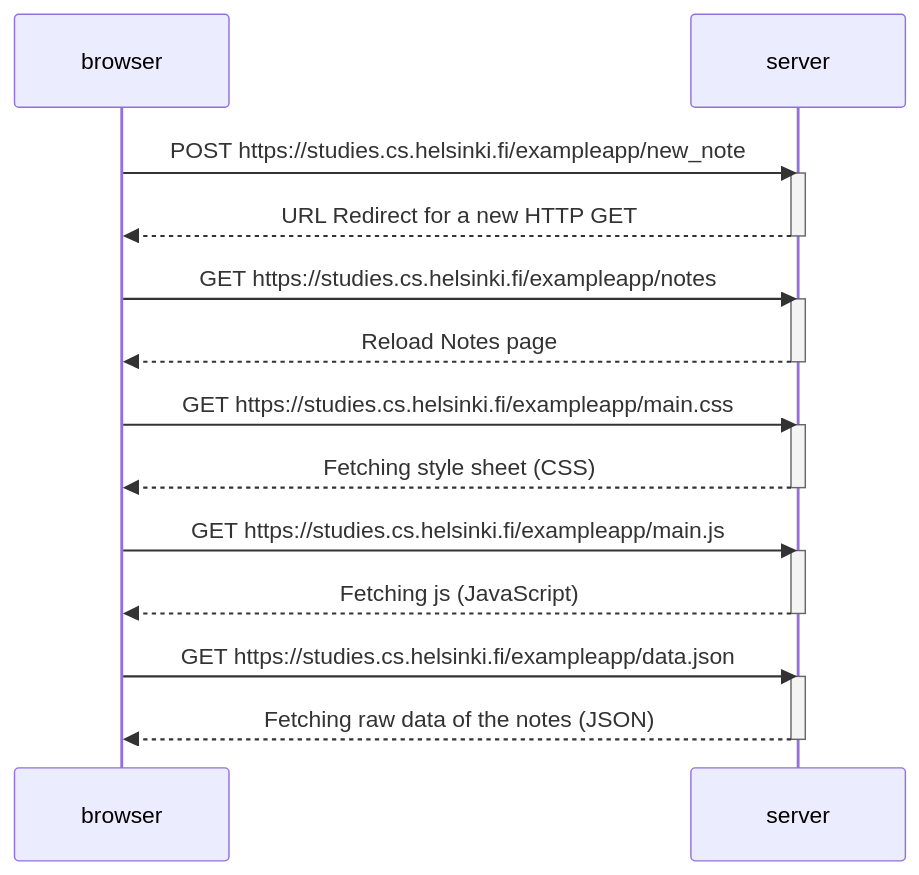
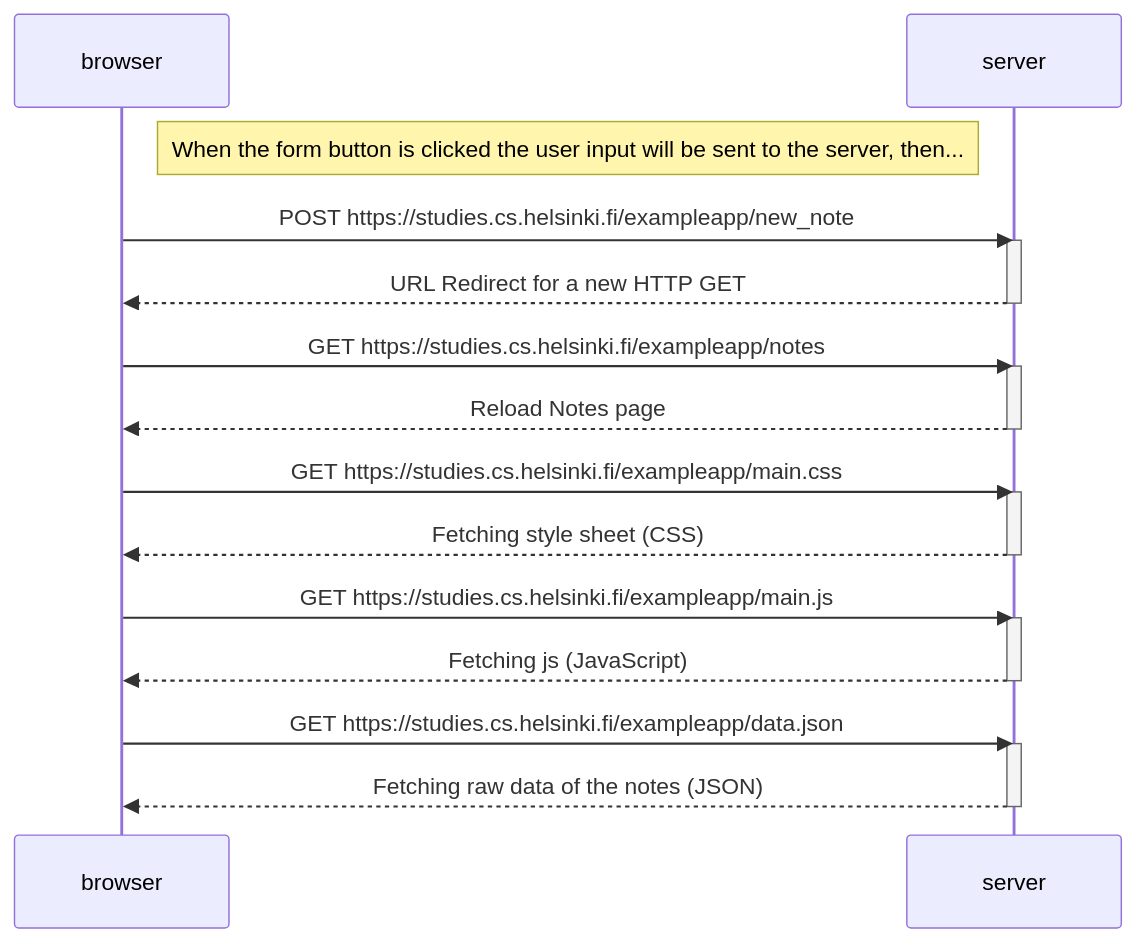
Before and after one commit to GorgeThePotato/fullstackopen: the diagram in part0/04_NewNoteDiagram.MD, drawn with Mermaid.

Commit message:
Finnised first diagram

````diff
--- a/part0/04_NewNoteDiagram.MD
+++ b/part0/04_NewNoteDiagram.MD
@@ -1,32 +1,34 @@
 ```mermaid
 sequenceDiagram
 
     participant browser
     participant server
+
+    Note right of browser: When the form button is clicked the user input will be sent to the server, then...
 
     browser->>server: POST https://studies.cs.helsinki.fi/exampleapp/new_note
     activate server
     server-->>browser: URL Redirect for a new HTTP GET
     deactivate server
 
     browser->>server: GET https://studies.cs.helsinki.fi/exampleapp/notes
     activate server
     server-->>browser: Reload Notes page
     deactivate server
 
     browser->>server: GET https://studies.cs.helsinki.fi/exampleapp/main.css
     activate server
     server-->>browser: Fetching style sheet (CSS)
     deactivate server
 
     browser->>server: GET https://studies.cs.helsinki.fi/exampleapp/main.js
     activate server
     server-->>browser: Fetching js (JavaScript)
     deactivate server
 
     browser->>server: GET https://studies.cs.helsinki.fi/exampleapp/data.json
     activate server
     server-->>browser: Fetching raw data of the notes (JSON)
     deactivate server
 
 ```
````
